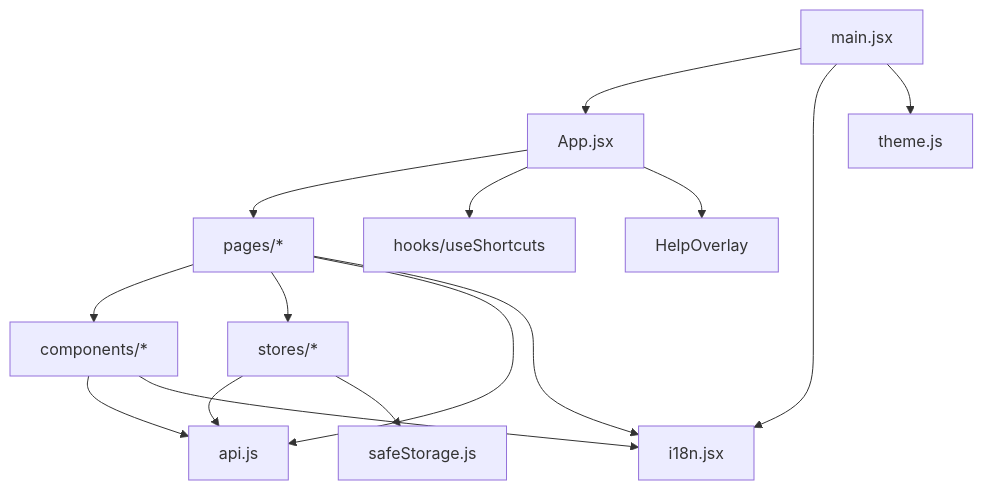
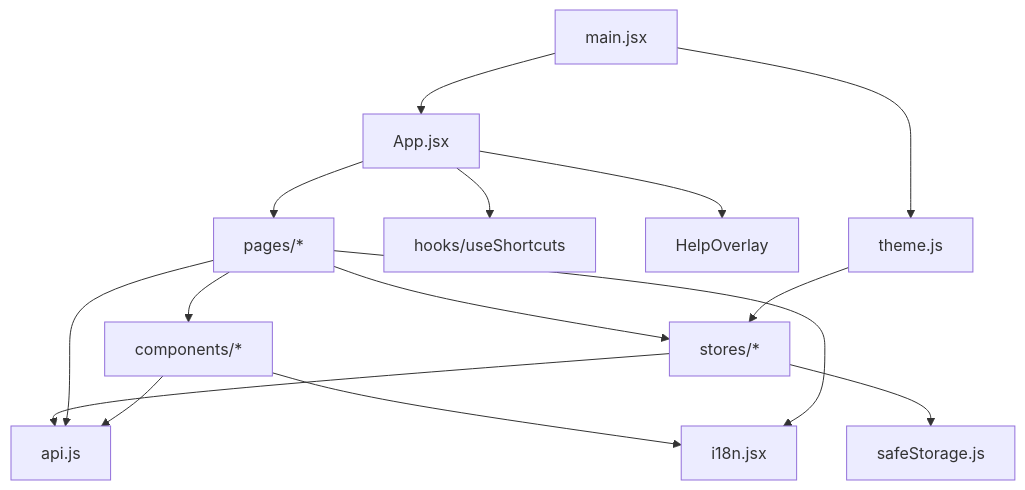
The third of 4 diagrams in docs/architecture.md (ZhanybekDev/notes-app), drawn with Mermaid before and after one commit. The commit also changed other lines of this file and 16 other files, not shown here.

````diff
--- a/docs/architecture.md
+++ b/docs/architecture.md
@@ -83,17 +83,17 @@
 ```mermaid
 graph TD
     MAIN[main.jsx] --> APP[App.jsx]
     APP --> PAGES["pages/*"]
     APP --> HOOKS[hooks/useShortcuts]
     APP --> HELP[HelpOverlay]
     PAGES --> COMP["components/*"]
     PAGES --> STORES["stores/*"]
     STORES --> API[api.js]
     PAGES --> API
     COMP --> API
     COMP --> I18N[i18n.jsx]
     PAGES --> I18N
     STORES --> SAFE[safeStorage.js]
-    MAIN --> I18N
     MAIN --> THEME[theme.js]
+    THEME --> STORES
 ```
````
